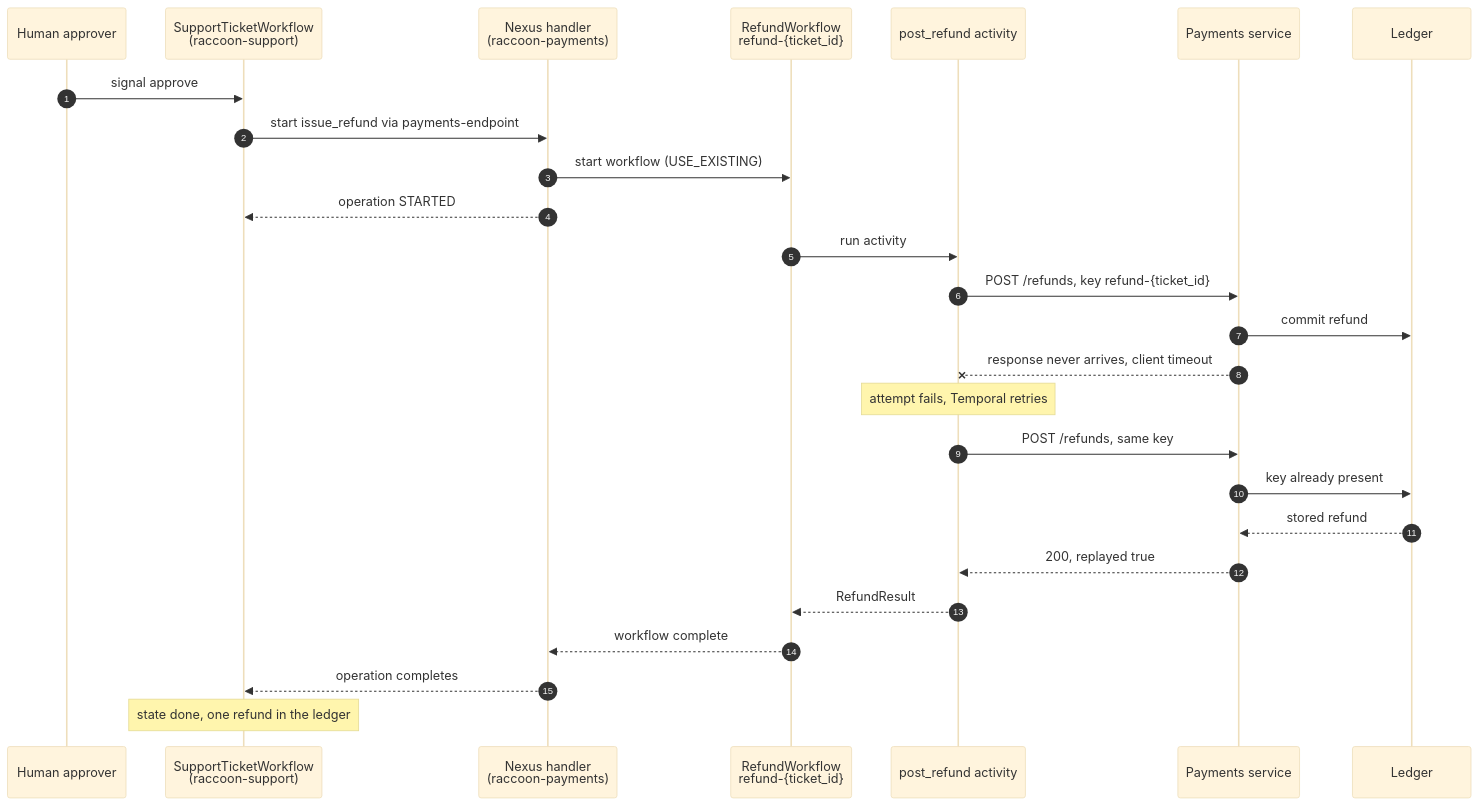
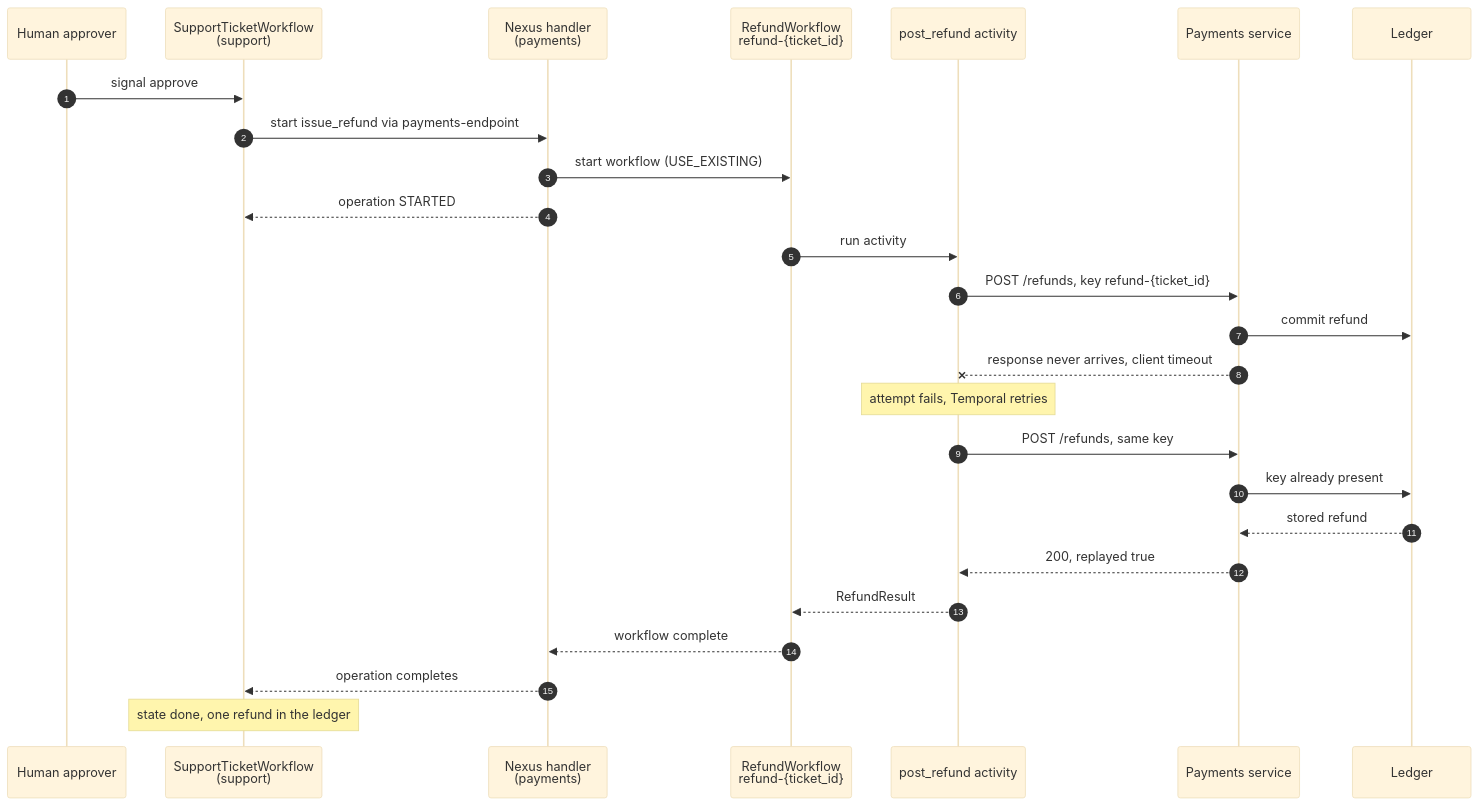
The third of 5 diagrams in docs/architecture.md (agileresearchservices/paid-once), drawn with Mermaid (base theme) before and after one commit. The commit also changed other lines of this file and 7 other files, not shown here.

First line of the commit message:
Scenes finish when every ticket has landed; namespaces renamed to support and payments (#12)

````diff
--- a/docs/architecture.md
+++ b/docs/architecture.md
@@ -65,29 +65,29 @@
 ```mermaid
 sequenceDiagram
     autonumber
     participant Human as Human approver
-    participant S as SupportTicketWorkflow<br/>(raccoon-support)
-    participant H as Nexus handler<br/>(raccoon-payments)
+    participant S as SupportTicketWorkflow<br/>(support)
+    participant H as Nexus handler<br/>(payments)
     participant R as RefundWorkflow<br/>refund-{ticket_id}
     participant A as post_refund activity
     participant P as Payments service
     participant L as Ledger
 
     Human->>S: signal approve
     S->>H: start issue_refund via payments-endpoint
     H->>R: start workflow (USE_EXISTING)
     H-->>S: operation STARTED
     R->>A: run activity
     A->>P: POST /refunds, key refund-{ticket_id}
     P->>L: commit refund
     P--xA: response never arrives, client timeout
     Note over A: attempt fails, Temporal retries
     A->>P: POST /refunds, same key
     P->>L: key already present
     L-->>P: stored refund
     P-->>A: 200, replayed true
     A-->>R: RefundResult
     R-->>H: workflow complete
     H-->>S: operation completes
     Note over S: state done, one refund in the ledger
 ```
````
